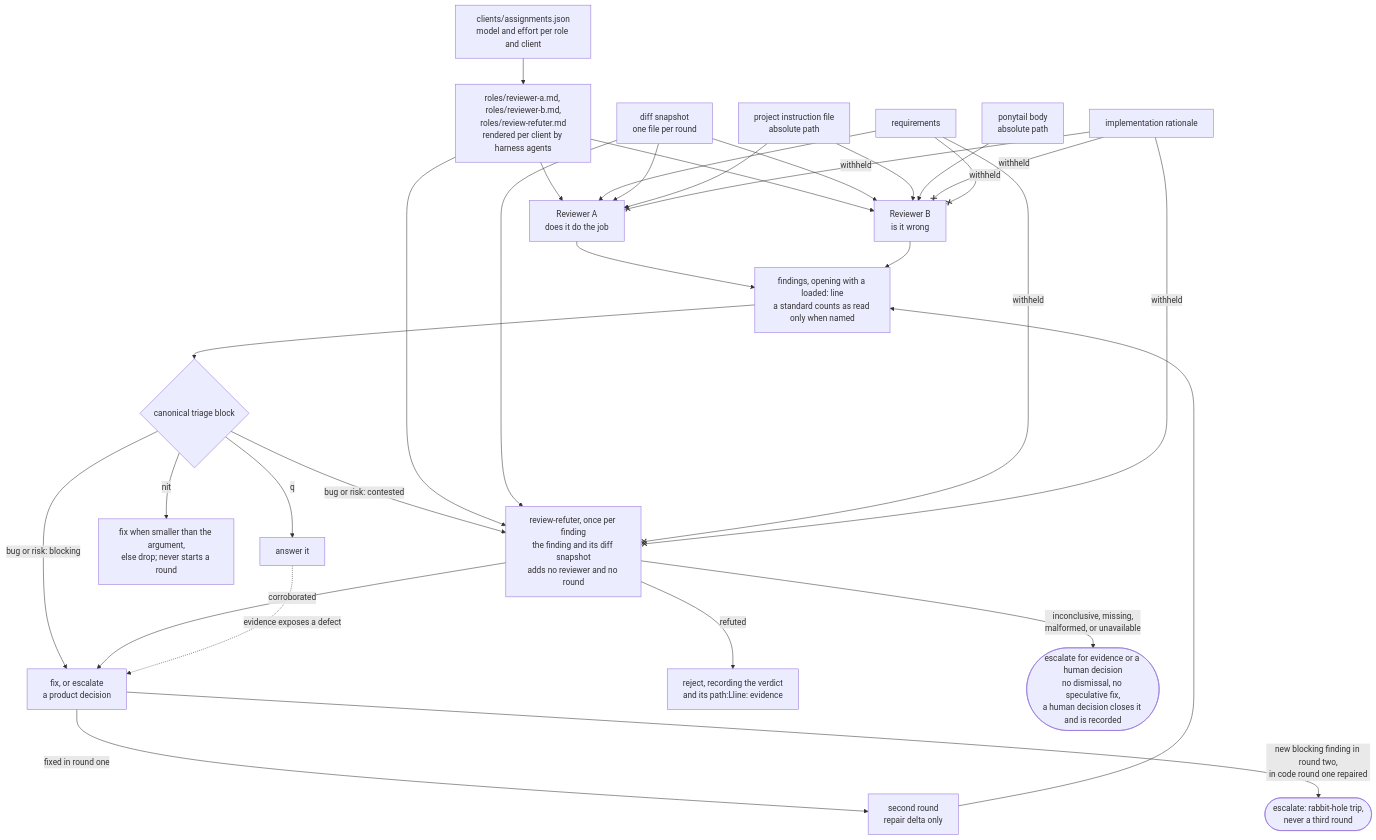
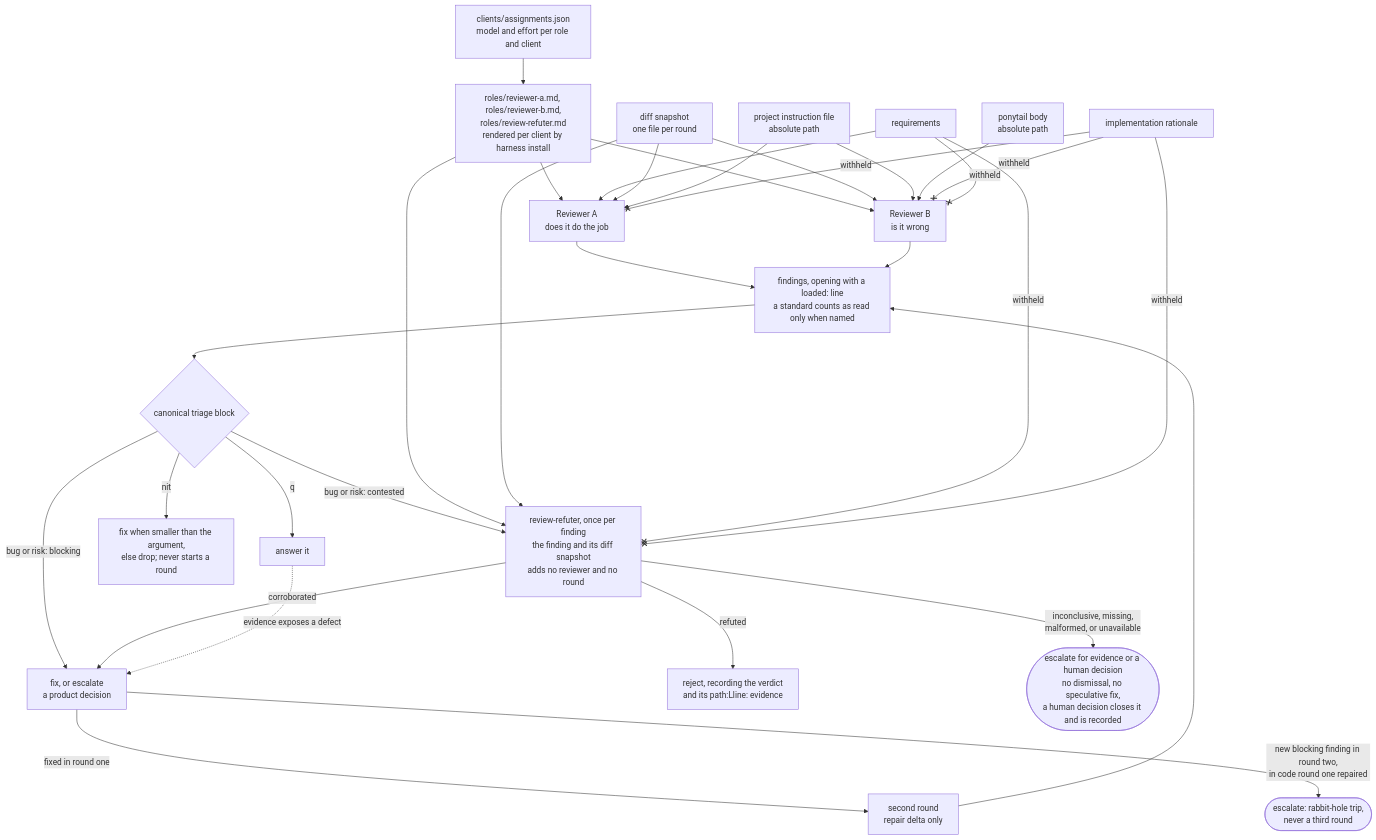
One commit to jvillegasd/harness changed the second of 4 diagrams in README.md. Above: the diagram before and after it, drawn with Mermaid. The commit also changed other lines of this file and 20 other files, not shown here.

First line of the commit message:
refactor(cli): drop agents in favor of install (#39)

````diff
--- a/README.md
+++ b/README.md
@@ -130,33 +130,33 @@
 ```mermaid
 flowchart TD
-    assign["clients/assignments.json<br>model and effort per role and client"] --> roles["roles/reviewer-a.md, roles/reviewer-b.md,<br>roles/review-refuter.md<br>rendered per client by harness agents"]
+    assign["clients/assignments.json<br>model and effort per role and client"] --> roles["roles/reviewer-a.md, roles/reviewer-b.md,<br>roles/review-refuter.md<br>rendered per client by harness install"]
     roles --> a["Reviewer A<br>does it do the job"]
     roles --> b["Reviewer B<br>is it wrong"]
     req["requirements"] --> a
     snap["diff snapshot<br>one file per round"] --> a
     snap --> b
     project["project instruction file<br>absolute path"] --> a
     project --> b
     ponytail["ponytail body<br>absolute path"] --> b
     rationale["implementation rationale"] --x|withheld| a
     rationale --x|withheld| b
     req --x|withheld| b
     a --> findings["findings, opening with a loaded: line<br>a standard counts as read only when named"]
     b --> findings
     findings --> triage{"canonical triage block"}
     triage -->|bug or risk: blocking| blocking["fix, or escalate<br>a product decision"]
     triage -->|bug or risk: contested| refuter["review-refuter, once per finding<br>the finding and its diff snapshot<br>adds no reviewer and no round"]
     roles --> refuter
     snap --> refuter
     req --x|withheld| refuter
     rationale --x|withheld| refuter
     refuter -->|corroborated| blocking
     refuter -->|refuted| rejected["reject, recording the verdict<br>and its path:Lline: evidence"]
     refuter -->|inconclusive, missing,<br>malformed, or unavailable| uncertain(["escalate for evidence or a human decision<br>no dismissal, no speculative fix,<br>a human decision closes it and is recorded"])
     triage -->|nit| nit["fix when smaller than the argument,<br>else drop; never starts a round"]
     triage -->|q| question["answer it"]
     question -.->|evidence exposes a defect| blocking
     blocking -->|fixed in round one| delta["second round<br>repair delta only"]
     delta --> findings
     blocking -->|new blocking finding in round two,<br>in code round one repaired| escalate(["escalate: rabbit-hole trip,<br>never a third round"])
 ```
````
